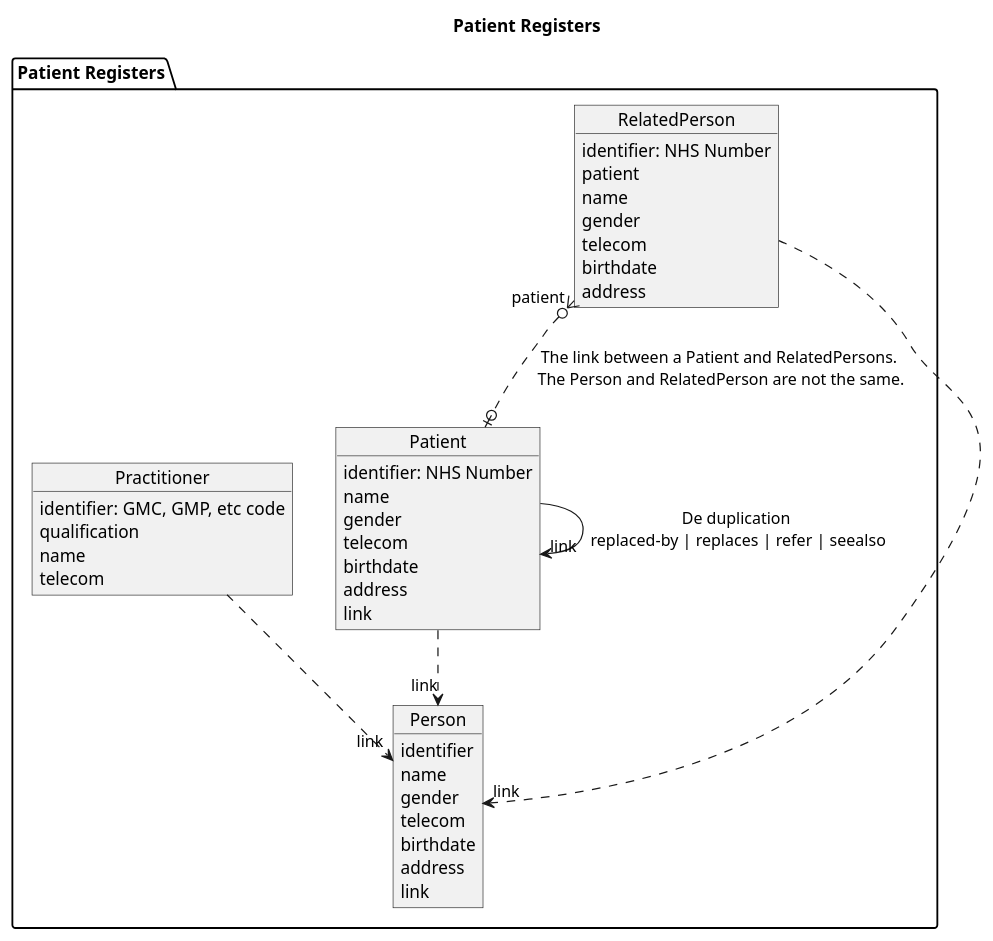
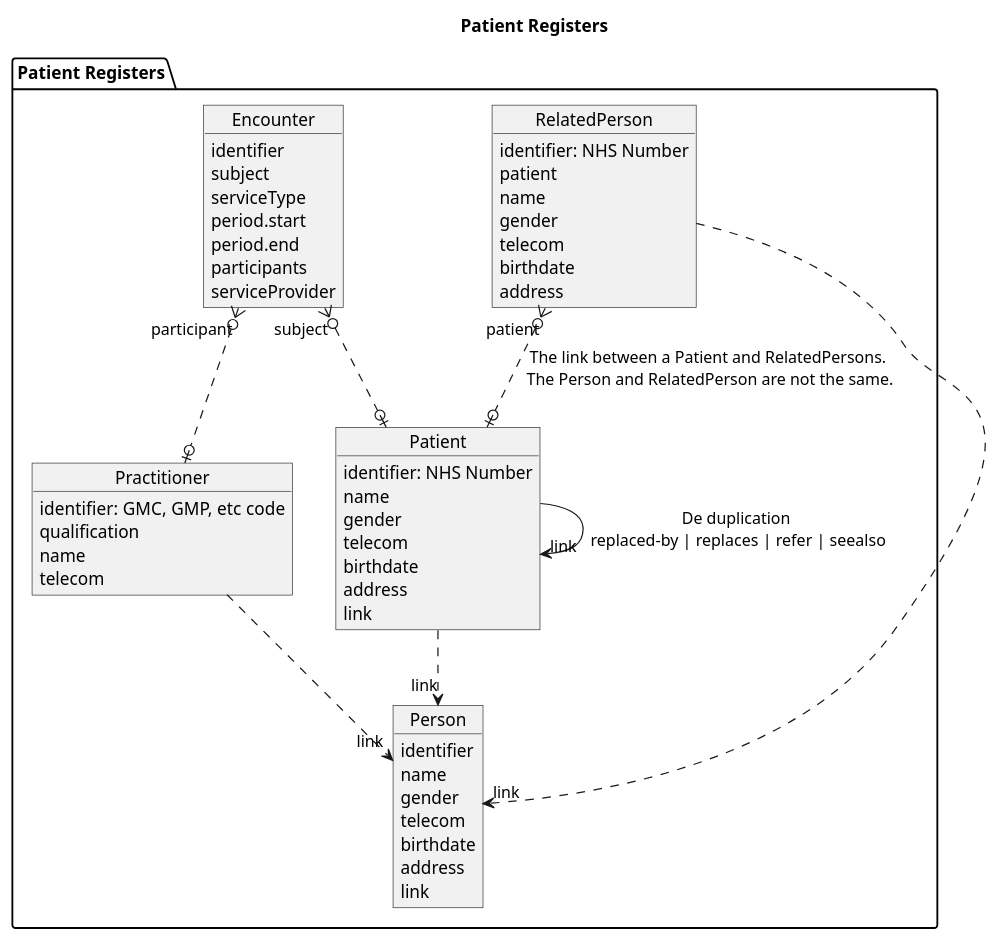
The diagram in input/images-source/administration-module-patient-registers.plantuml (NHSDigital/interoperability-standards-documentation), drawn with PlantUML before and after one commit. The commit also changed 11 other files, not shown here.

```diff
--- a/input/images-source/administration-module-patient-registers.plantuml
+++ b/input/images-source/administration-module-patient-registers.plantuml
@@ -1,49 +1,60 @@
 @startuml
 
 
 title Patient Registers
 
 
 package PatientRegisters as "Patient Registers" {
   object Patient {
     identifier: NHS Number
     name
     gender
     telecom
     birthdate
     address
     link
   }
   object RelatedPerson  {
   identifier: NHS Number
     patient
     name
     gender
     telecom
     birthdate
     address
   }
   object Practitioner  {
     identifier: GMC, GMP, etc code
     qualification
     name
     telecom
   }
   object Person {
     identifier
     name
     gender
     telecom
     birthdate
     address
     link
   }
+  object Encounter {
+    identifier
+    subject
+    serviceType
+    period.start
+    period.end
+    participants
+    serviceProvider
+  }
 
   Patient ..> "link" Person
   RelatedPerson "patient" }o..o| Patient: The link between a Patient and RelatedPersons. \nThe Person and RelatedPerson are not the same.
-   Patient --> "link" Patient : De duplication \nreplaced-by | replaces | refer | seealso
+  Encounter "subject" }o..o| Patient
+  Encounter "participant" }o..o| Practitioner
+  Patient --> "link" Patient : De duplication \nreplaced-by | replaces | refer | seealso
   RelatedPerson ..> "link" Person
   Practitioner ..> "link" Person
 }
 
 @enduml
```
